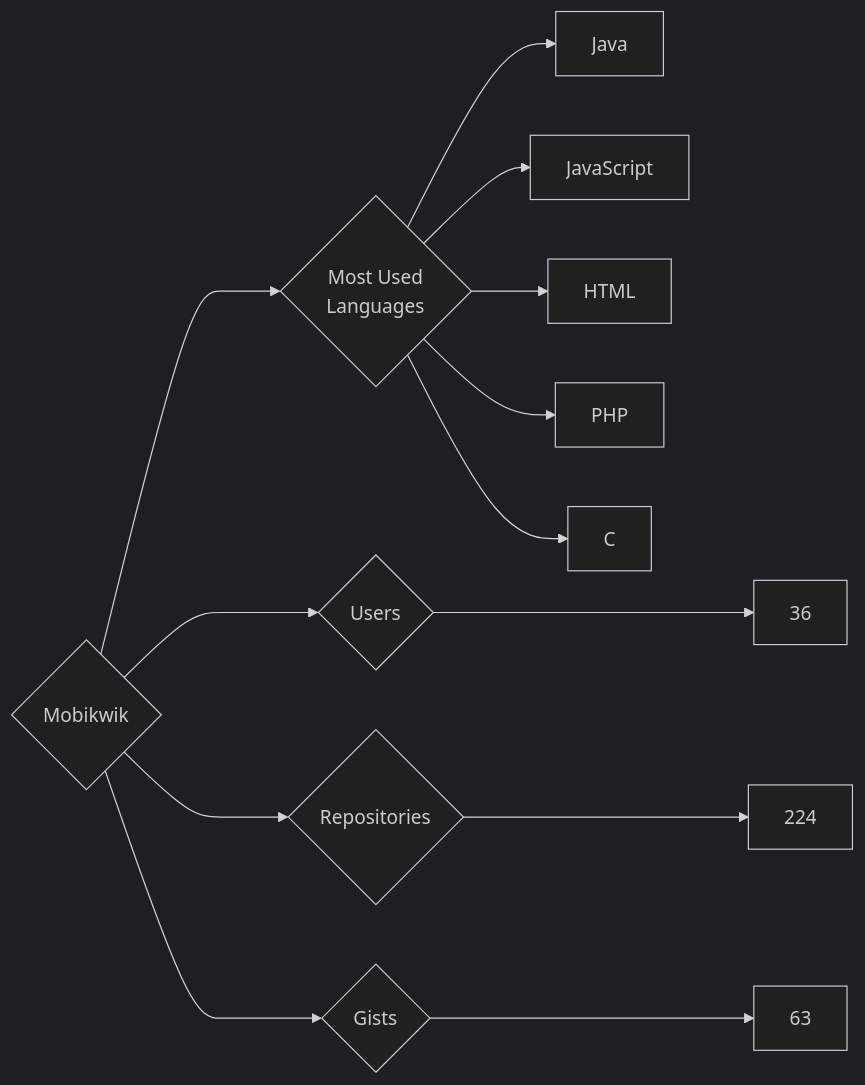
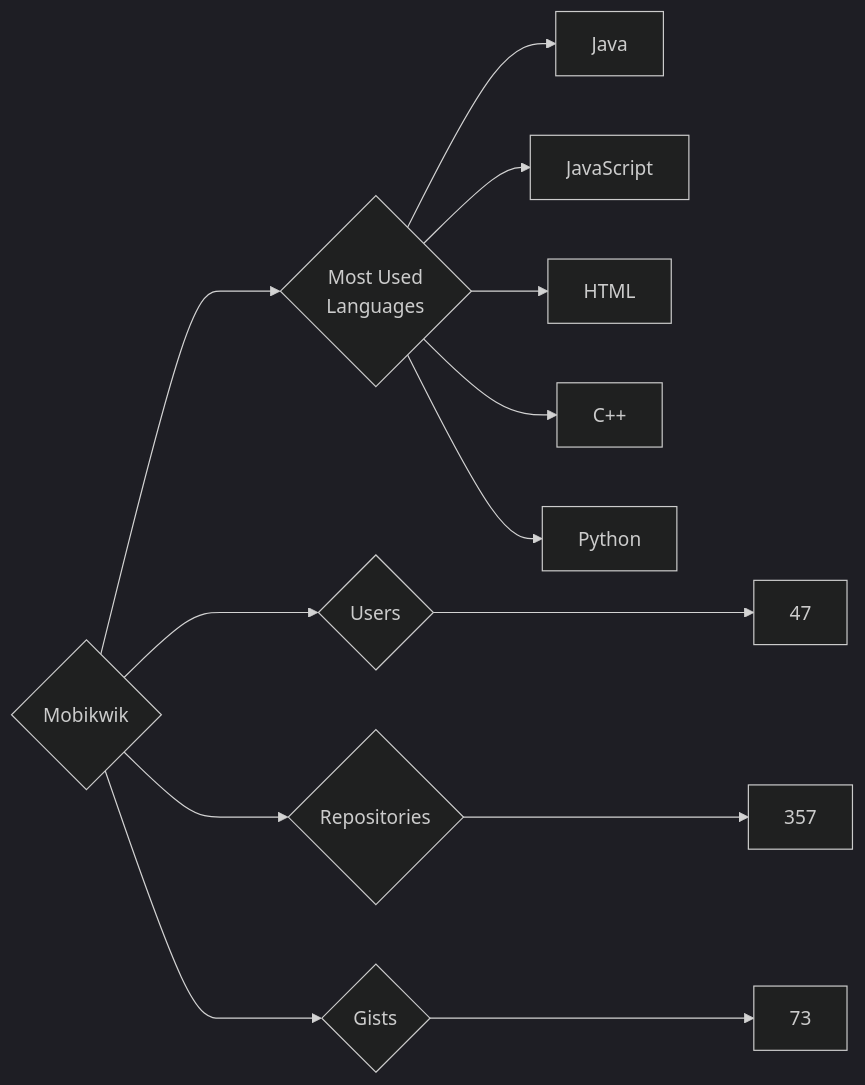
One commit to trickest/insiders changed the diagram in targets/Mobikwik/README.md. Above: the diagram before and after it, drawn with Mermaid (dark theme). The commit also changed 695 other files, not shown here.

````diff
--- a/targets/Mobikwik/README.md
+++ b/targets/Mobikwik/README.md
@@ -3,13 +3,13 @@
 ```mermaid
 graph LR
 COMPANY_NAME{Mobikwik}
-COMPANY_NAME ---> U{Users} ---> UN[36]
-COMPANY_NAME ---> R{Repositories} ---> RN[224]
-COMPANY_NAME ---> G{Gists} ---> GN[63]
+COMPANY_NAME ---> U{Users} ---> UN[47]
+COMPANY_NAME ---> R{Repositories} ---> RN[357]
+COMPANY_NAME ---> G{Gists} ---> GN[73]
 COMPANY_NAME ---> ML{Most Used<br>Languages}
 ML --> Java[Java]
 ML --> JavaScript[JavaScript]
 ML --> HTML[HTML]
-ML --> PHP[PHP]
-ML --> C[C]
+ML --> C++[C++]
+ML --> Python[Python]
 ```
````
